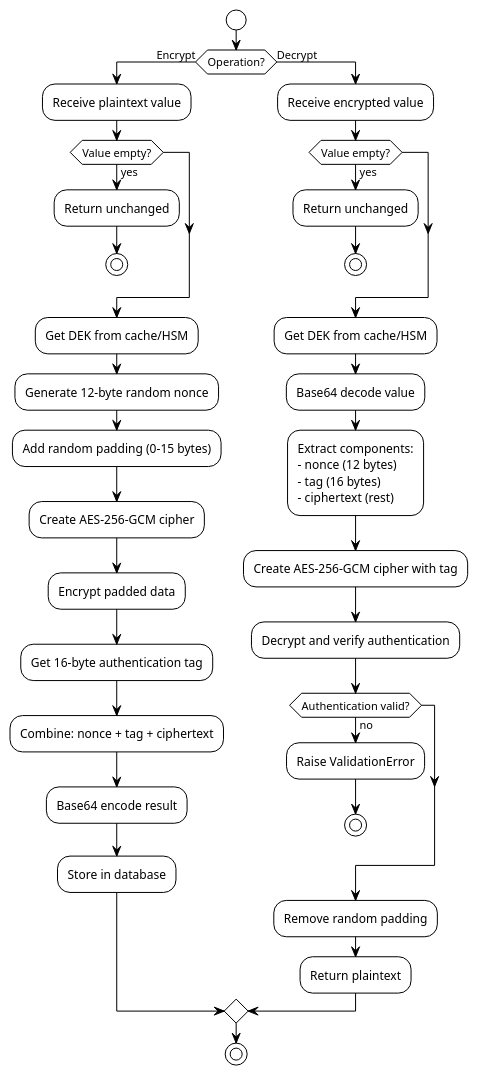
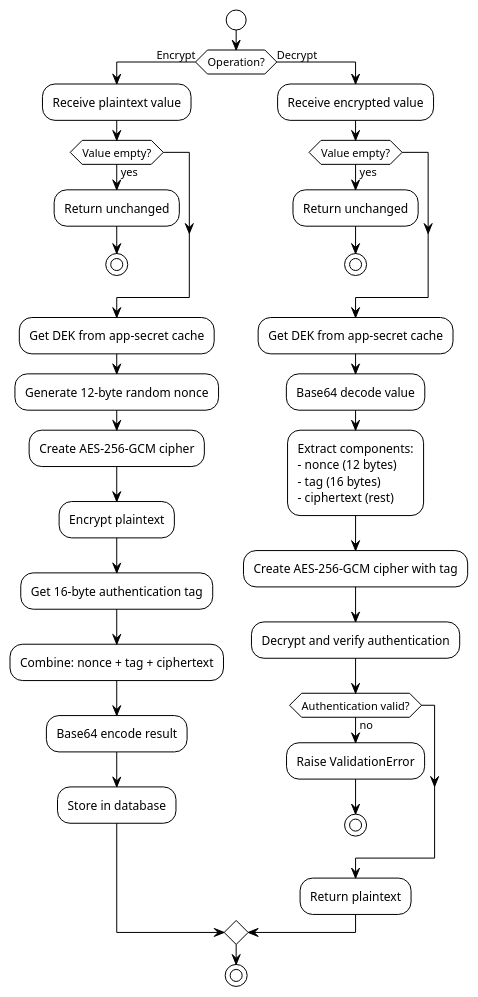
The second of 2 diagrams in docs/source/security/db_encryption.rst (Trustpoint-Project/trustpoint), drawn with PlantUML before and after one commit. The commit also changed other lines of this file and 18 other files, not shown here.

```diff
--- a/docs/source/security/db_encryption.rst
+++ b/docs/source/security/db_encryption.rst
@@ -217,55 +226,53 @@
 .. uml::
 
    @startuml
    !theme plain
    
    start
    
    if (Operation?) then (Encrypt)
        :Receive plaintext value;
        
        if (Value empty?) then (yes)
            :Return unchanged;
            stop
        endif
        
-       :Get DEK from cache/HSM;
+       :Get DEK from app-secret cache;
        :Generate 12-byte random nonce;
-       :Add random padding (0-15 bytes);
        :Create AES-256-GCM cipher;
-       :Encrypt padded data;
+       :Encrypt plaintext;
        :Get 16-byte authentication tag;
        :Combine: nonce + tag + ciphertext;
        :Base64 encode result;
        :Store in database;
        
    else (Decrypt)
        :Receive encrypted value;
        
        if (Value empty?) then (yes)
            :Return unchanged;
            stop
        endif
        
-       :Get DEK from cache/HSM;
+       :Get DEK from app-secret cache;
        :Base64 decode value;
        :Extract components:
        - nonce (12 bytes)
        - tag (16 bytes) 
        - ciphertext (rest);
        :Create AES-256-GCM cipher with tag;
        :Decrypt and verify authentication;
        
        if (Authentication valid?) then (no)
            :Raise ValidationError;
            stop
        endif
        
-       :Remove random padding;
        :Return plaintext;
        
    endif
    
    stop
    
    @enduml
```
